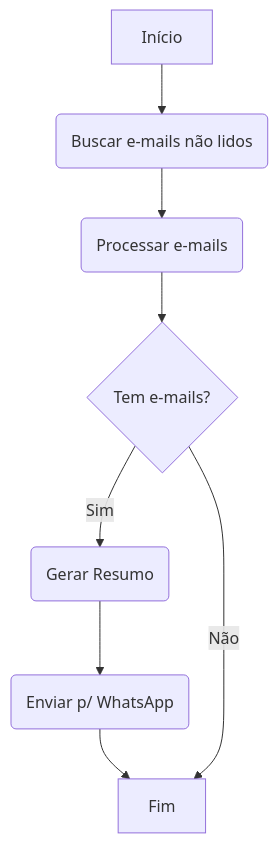
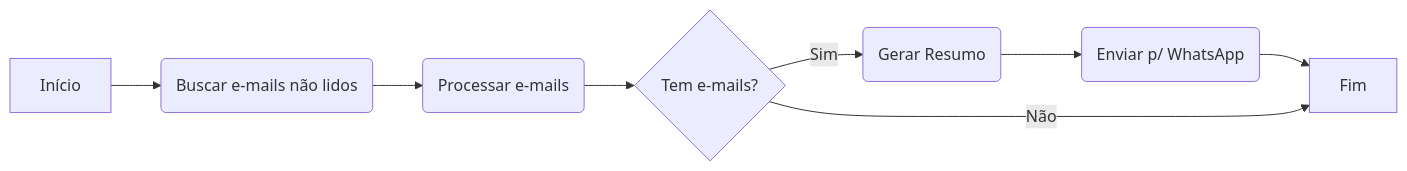
The diagram in README.md (vitorhugoze/agente-resumo-emails), drawn with Mermaid before and after one commit.

Commit message:
Ajuste  fluxograma

````diff
--- a/README.md
+++ b/README.md
@@ -9,10 +9,10 @@
 ```mermaid
-graph TD
+graph LR
     A[Início] --> B(Buscar e-mails não lidos);
     B --> C(Processar e-mails);
     C --> D{Tem e-mails?};
     D -- Sim --> E(Gerar Resumo);
     E --> F(Enviar p/ WhatsApp);
     F --> G[Fim];
     D -- Não --> G;
 ```
````
